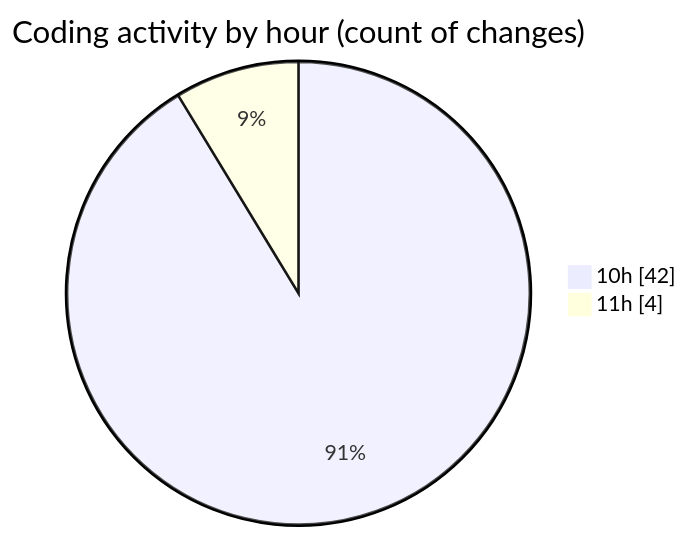
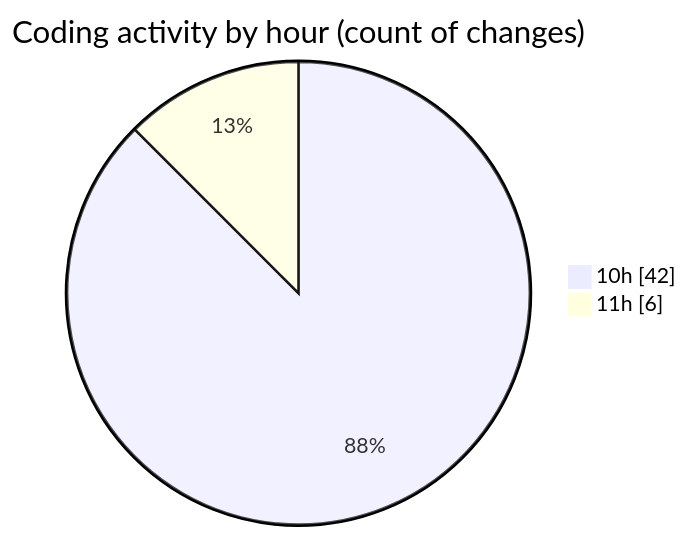
One commit to Ritupan-Deka/code-tracking changed the second of 2 diagrams in 2025-07-04/urlwebwala_intership_work/README.md. Above: the diagram before and after it, drawn with Mermaid. The commit also changed other lines of this file and 1 other file, not shown here.

````diff
--- a/2025-07-04/urlwebwala_intership_work/README.md
+++ b/2025-07-04/urlwebwala_intership_work/README.md
@@ -30,6 +30,6 @@
 ```mermaid
 pie showData
 title Coding activity by hour (count of changes)
 "10h" : 42
-"11h" : 4
+"11h" : 6
 ```
````
